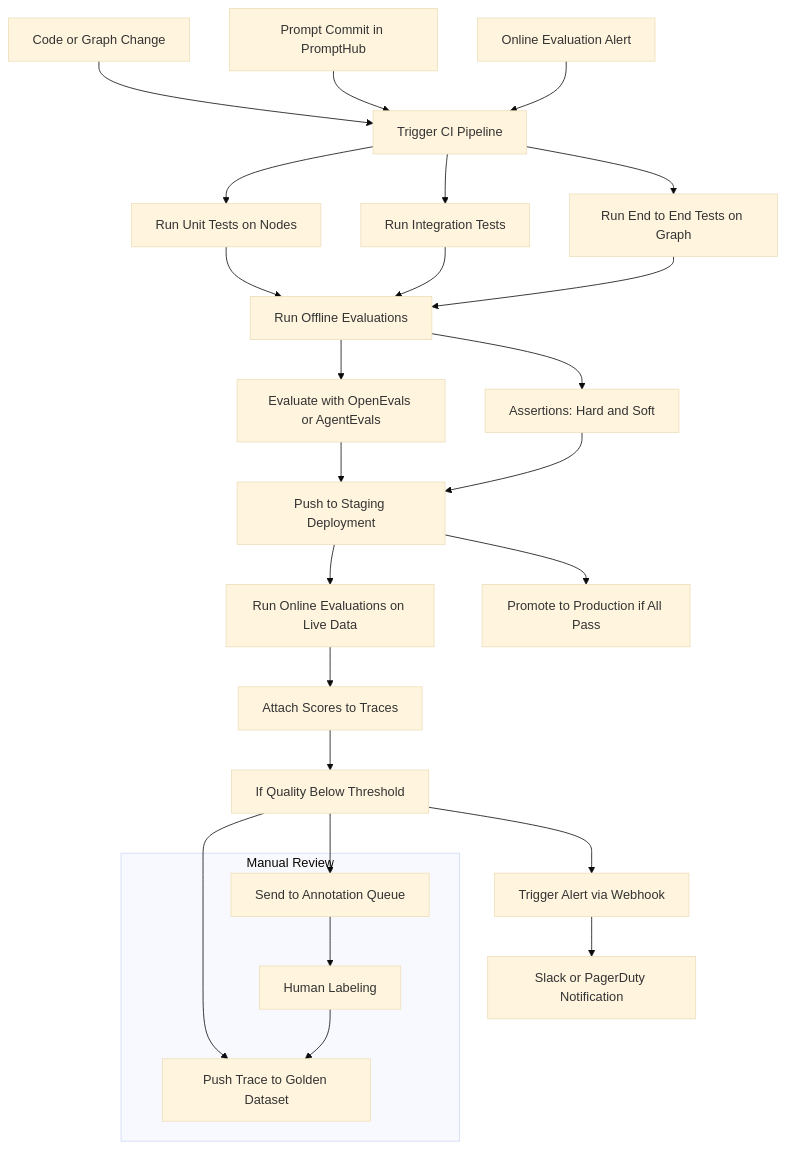
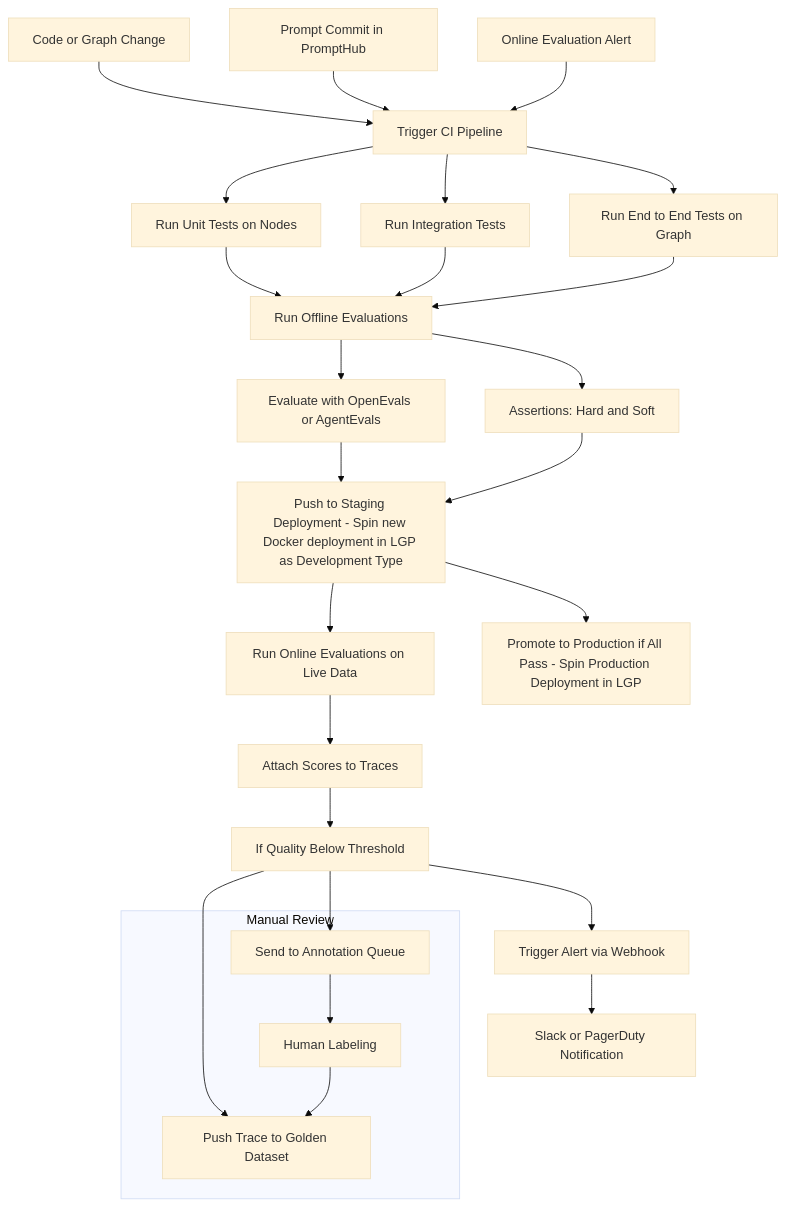
Before and after one commit to langchain-ai/text2sql-agent: the diagram in README.md, drawn with Mermaid (base theme).

````diff
--- a/README.md
+++ b/README.md
@@ -98,36 +98,38 @@
 ```mermaid
 graph TD
     A1[Code or Graph Change] --> B1[Trigger CI Pipeline]
     A2[Prompt Commit in PromptHub] --> B1
     A3[Online Evaluation Alert] --> B1
 
     B1 --> C1[Run Unit Tests on Nodes]
     B1 --> C2[Run Integration Tests]
     B1 --> C3[Run End to End Tests on Graph]
 
     C1 --> D1[Run Offline Evaluations]
     C2 --> D1
     C3 --> D1
 
     D1 --> E1[Evaluate with OpenEvals or AgentEvals]
     D1 --> E2[Assertions: Hard and Soft]
 
-    E1 --> F1[Push to Staging Deployment]
+    E1 --> F1[Push to Staging Deployment - Spin new Docker deployment in LGP as Development Type]
     E2 --> F1
 
     F1 --> G1[Run Online Evaluations on Live Data]
     G1 --> H1[Attach Scores to Traces]
 
     H1 --> I1[If Quality Below Threshold]
     I1 --> J1[Send to Annotation Queue]
     I1 --> J2[Trigger Alert via Webhook]
     I1 --> J3[Push Trace to Golden Dataset]
 
-    F1 --> K1[Promote to Production if All Pass]
+    F1 --> K1[Promote to Production if All Pass - Spin Production Deployment in LGP]
+
     J2 --> L1[Slack or PagerDuty Notification]
 
     subgraph Manual Review
         J1 --> M1[Human Labeling]
         M1 --> J3
     end
+
 ```
````
